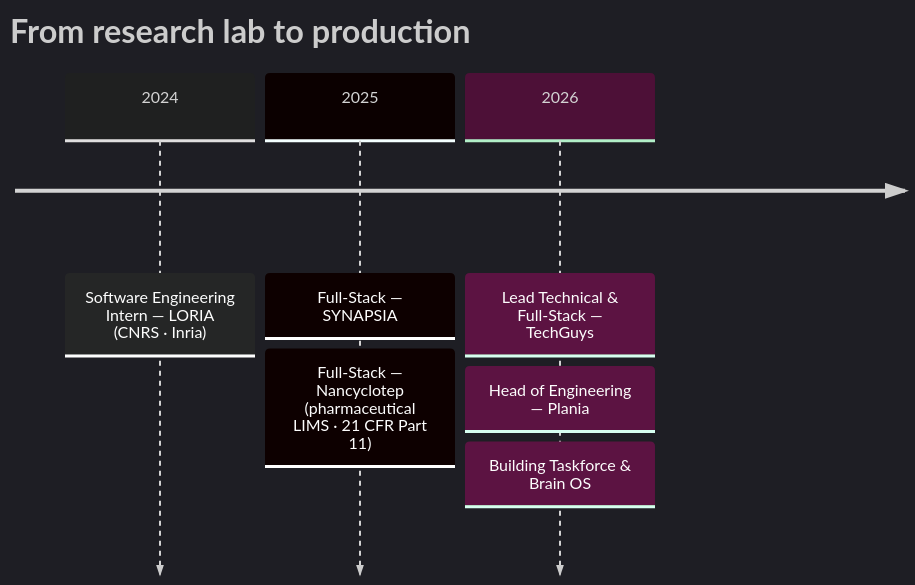
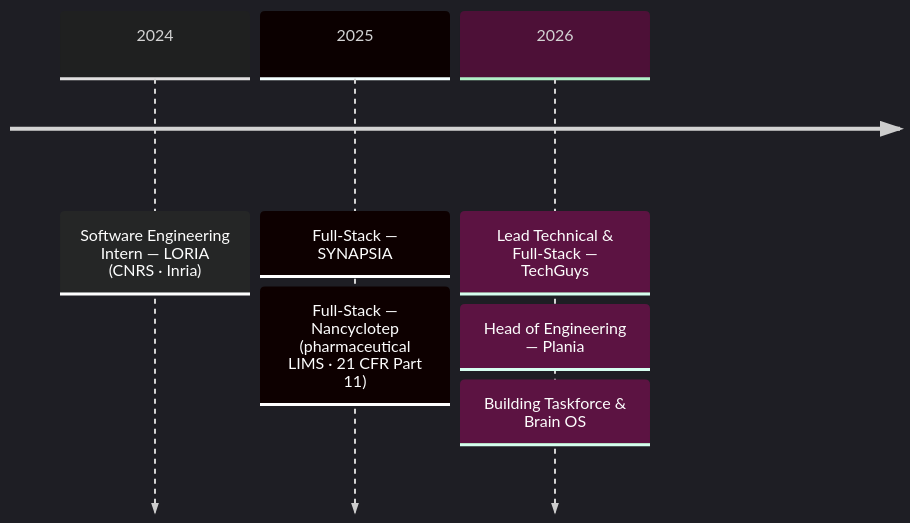
Before and after one commit to Miche1-Pierre/Miche1-Pierre: the third of 3 diagrams in README.md, drawn with Mermaid. The commit also changed other lines of this file and 2 other files, not shown here.

Commit message:
Rework profile as project documentation (Taskforce & Brain OS, architecture diagrams)

````diff
--- a/README.md
+++ b/README.md
@@ -23,11 +62,10 @@
 ```mermaid
 %%{init: {'theme':'dark'}}%%
 timeline
-    title From research lab to production
     2024 : Software Engineering Intern — LORIA (CNRS · Inria)
     2025 : Full-Stack — SYNAPSIA
          : Full-Stack — Nancyclotep (pharmaceutical LIMS · 21 CFR Part 11)
     2026 : Lead Technical & Full-Stack — TechGuys
          : Head of Engineering — Plania
          : Building Taskforce & Brain OS
 ```
````
